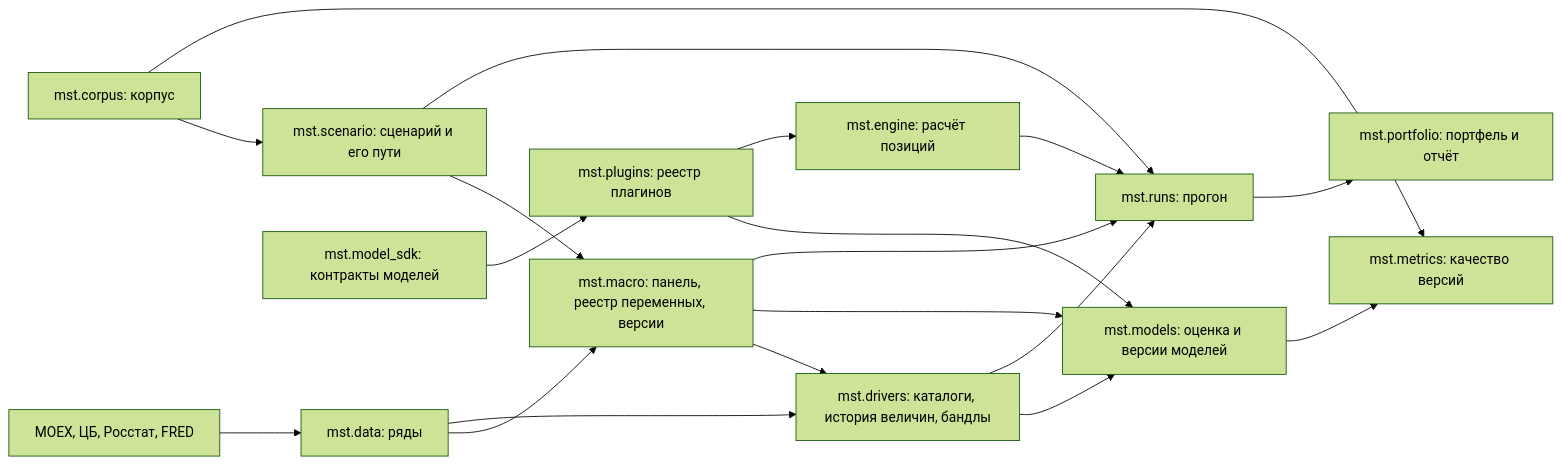
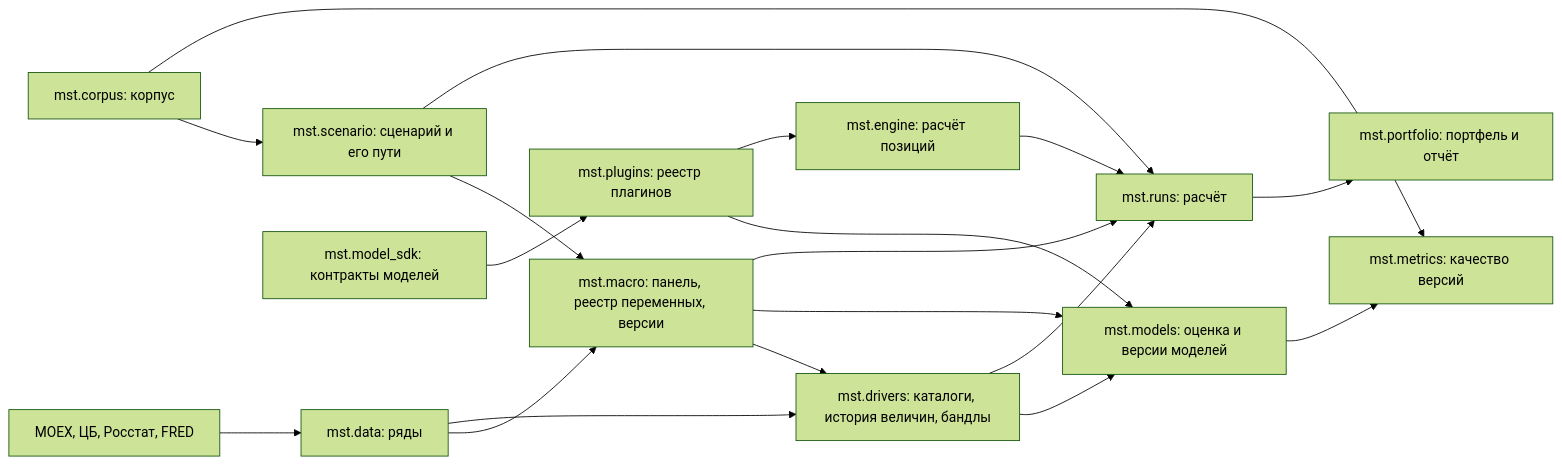
The diagram in docs/concept/architecture.md (LeoLourson/MacroStress-DSH), drawn with Mermaid (forest theme) before and after one commit. The commit also changed other lines of this file and 76 other files, not shown here.

````diff
--- a/docs/concept/architecture.md
+++ b/docs/concept/architecture.md
@@ -7,21 +7,21 @@
 ```mermaid
 flowchart LR
     src["MOEX, ЦБ, Росстат, FRED"] --> data["mst.data: ряды"]
     data --> macro["mst.macro: панель, реестр переменных, версии"]
     data --> drivers["mst.drivers: каталоги, история величин, бандлы"]
     macro --> drivers
     corpus["mst.corpus: корпус"] --> scenario["mst.scenario: сценарий и его пути"]
     scenario --> macro
     model_sdk["mst.model_sdk: контракты моделей"] --> plugins["mst.plugins: реестр плагинов"]
     plugins --> models["mst.models: оценка и версии моделей"]
     macro --> models
     drivers --> models
     models --> metrics["mst.metrics: качество версий"]
     corpus --> metrics
     plugins --> engine["mst.engine: расчёт позиций"]
-    scenario --> run["mst.runs: прогон"]
+    scenario --> run["mst.runs: расчёт"]
     drivers --> run
     macro --> run
     engine --> run
     run --> portfolio["mst.portfolio: портфель и отчёт"]
 ```
````
